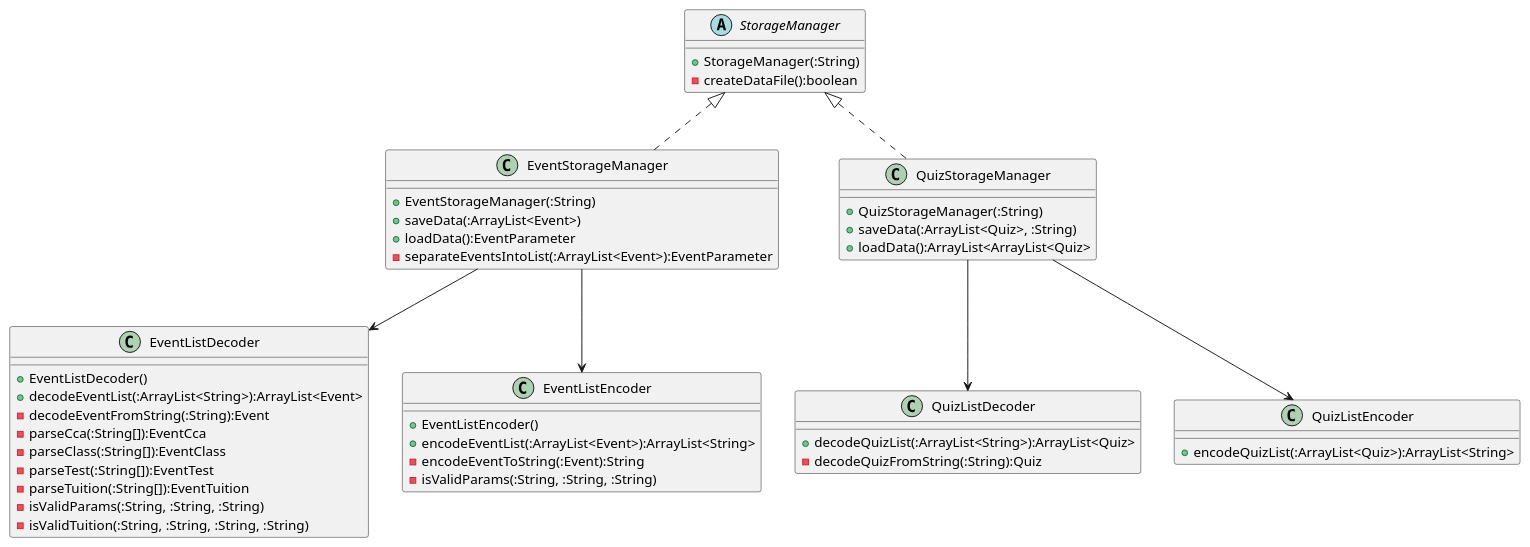
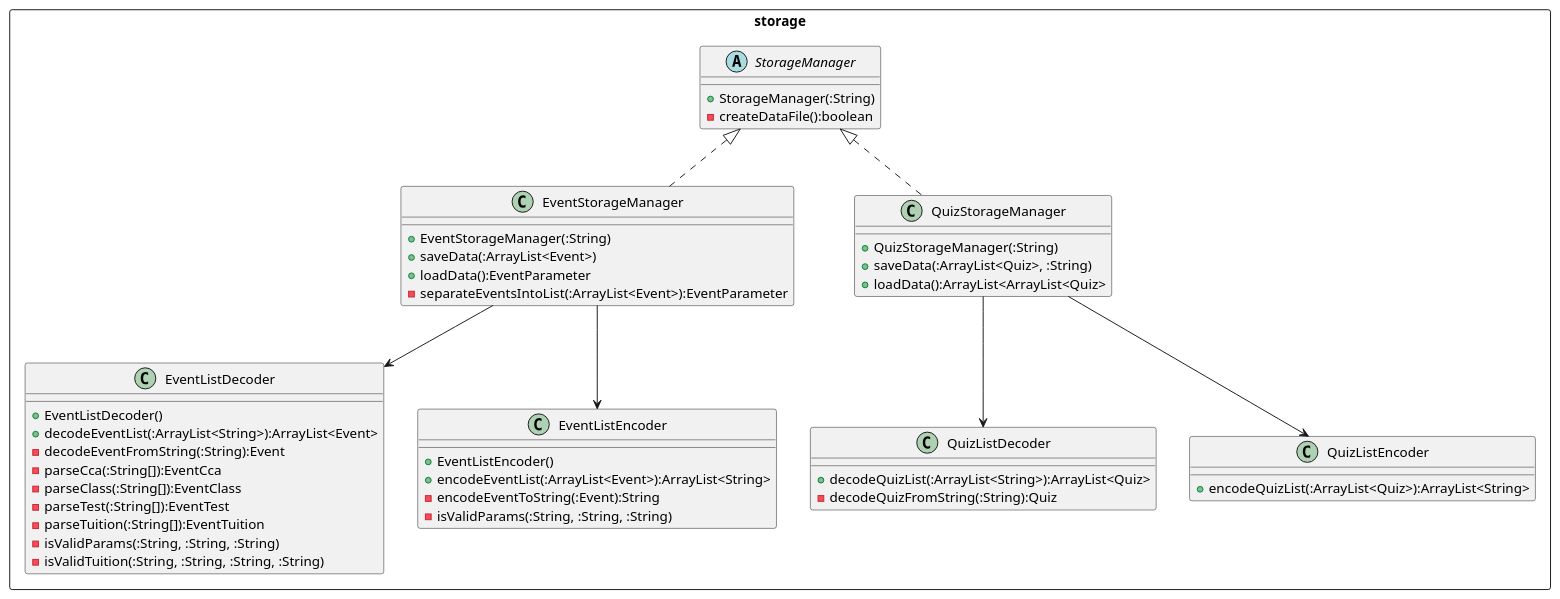
The diagram in docs/design/StorageComponent.puml (untitle4/tp), drawn with PlantUML before and after one commit.

```diff
--- a/docs/design/StorageComponent.puml
+++ b/docs/design/StorageComponent.puml
@@ -1,57 +1,59 @@
 @startuml
 
-abstract class StorageManager {
-    + StorageManager(:String)
-    - createDataFile():boolean
+package storage <<rectangle>> {
+    abstract class StorageManager {
+        + StorageManager(:String)
+        - createDataFile():boolean
+    }
+
+    class EventStorageManager implements StorageManager {
+        + EventStorageManager(:String)
+        + saveData(:ArrayList<Event>)
+        + loadData():EventParameter
+        - separateEventsIntoList(:ArrayList<Event>):EventParameter
+    }
+
+    class EventListDecoder {
+        + EventListDecoder()
+        + decodeEventList(:ArrayList<String>):ArrayList<Event>
+        - decodeEventFromString(:String):Event
+        - parseCca(:String[]):EventCca
+        - parseClass(:String[]):EventClass
+        - parseTest(:String[]):EventTest
+        - parseTuition(:String[]):EventTuition
+        - isValidParams(:String, :String, :String)
+        - isValidTuition(:String, :String, :String, :String)
+    }
+
+    class EventListEncoder {
+        + EventListEncoder()
+        + encodeEventList(:ArrayList<Event>):ArrayList<String>
+        - encodeEventToString(:Event):String
+        - isValidParams(:String, :String, :String)
+    }
+
+    EventStorageManager --> EventListDecoder
+    EventStorageManager --> EventListEncoder
+
+
+    class QuizStorageManager implements StorageManager {
+        + QuizStorageManager(:String)
+        + saveData(:ArrayList<Quiz>, :String)
+        + loadData():ArrayList<ArrayList<Quiz>
+    }
+
+    class QuizListDecoder {
+        + decodeQuizList(:ArrayList<String>):ArrayList<Quiz>
+        - decodeQuizFromString(:String):Quiz
+    }
+
+    class QuizListEncoder {
+        + encodeQuizList(:ArrayList<Quiz>):ArrayList<String>
+    }
+
+    QuizStorageManager --> QuizListDecoder
+    QuizStorageManager --> QuizListEncoder
+
 }
 
-class EventStorageManager implements StorageManager {
-    + EventStorageManager(:String)
-    + saveData(:ArrayList<Event>)
-    + loadData():EventParameter
-    - separateEventsIntoList(:ArrayList<Event>):EventParameter
-}
-
-class EventListDecoder {
-    + EventListDecoder()
-    + decodeEventList(:ArrayList<String>):ArrayList<Event>
-    - decodeEventFromString(:String):Event
-    - parseCca(:String[]):EventCca
-    - parseClass(:String[]):EventClass
-    - parseTest(:String[]):EventTest
-    - parseTuition(:String[]):EventTuition
-    - isValidParams(:String, :String, :String)
-    - isValidTuition(:String, :String, :String, :String)
-}
-
-class EventListEncoder {
-    + EventListEncoder()
-    + encodeEventList(:ArrayList<Event>):ArrayList<String>
-    - encodeEventToString(:Event):String
-    - isValidParams(:String, :String, :String)
-}
-
-EventStorageManager --> EventListDecoder
-EventStorageManager --> EventListEncoder
-
-
-class QuizStorageManager implements StorageManager {
-    + QuizStorageManager(:String)
-    + saveData(:ArrayList<Quiz>, :String)
-    + loadData():ArrayList<ArrayList<Quiz>
-}
-
-class QuizListDecoder {
-    + decodeQuizList(:ArrayList<String>):ArrayList<Quiz>
-    - decodeQuizFromString(:String):Quiz
-}
-
-class QuizListEncoder {
-    + encodeQuizList(:ArrayList<Quiz>):ArrayList<String>
-}
-
-QuizStorageManager --> QuizListDecoder
-QuizStorageManager --> QuizListEncoder
-
-
 @enduml
```
